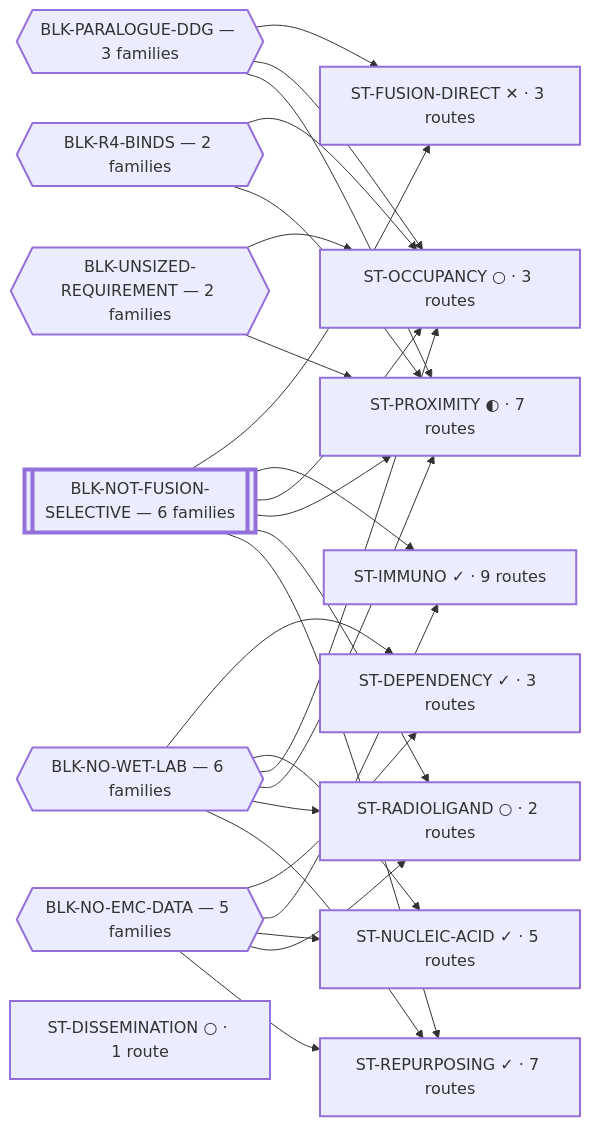
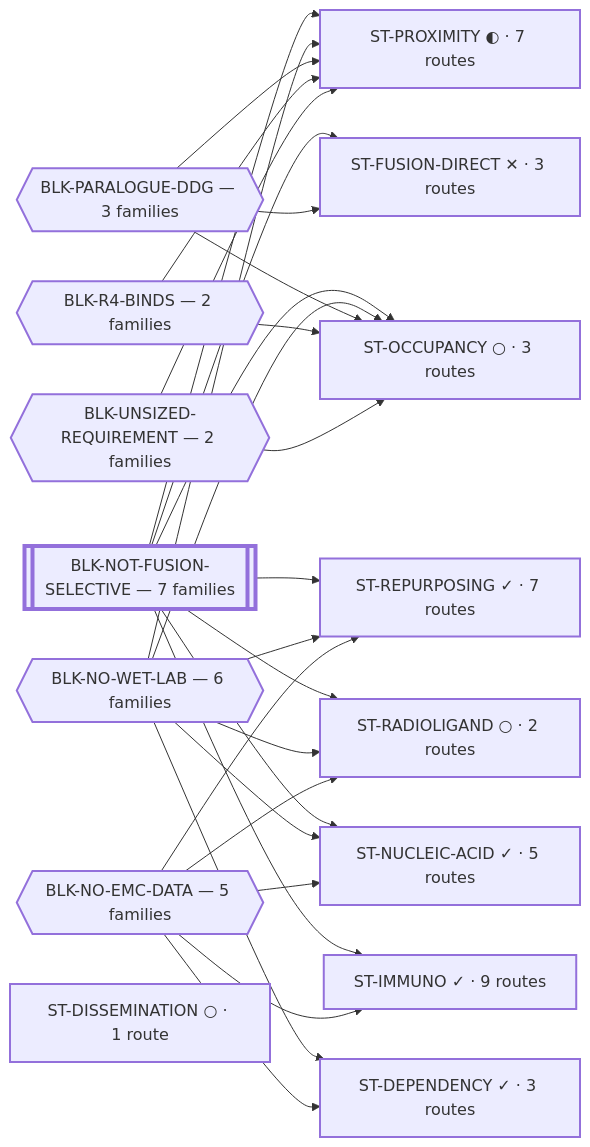
Before and after one commit to trimcrae/Rare-cancers: the diagram in systems/views/L0-ecosystem.md, drawn with Mermaid. The commit also changed other lines of this file and 57 other files, not shown here.

First line of the commit message:
Route framing audit: ST-FUSION-DIRECT + ST-NUCLEIC-ACID (8 routes)

````diff
--- a/systems/views/L0-ecosystem.md
+++ b/systems/views/L0-ecosystem.md
@@ -33,48 +33,49 @@
 ```mermaid
 flowchart LR
+  BLK_NOT_FUSION_SELECTIVE[["BLK-NOT-FUSION-SELECTIVE — 7 families"]]:::perm
   BLK_NO_WET_LAB{{"BLK-NO-WET-LAB — 6 families"}}:::blk
-  BLK_NOT_FUSION_SELECTIVE[["BLK-NOT-FUSION-SELECTIVE — 6 families"]]:::perm
   BLK_NO_EMC_DATA{{"BLK-NO-EMC-DATA — 5 families"}}:::blk
   BLK_PARALOGUE_DDG{{"BLK-PARALOGUE-DDG — 3 families"}}:::blk
   BLK_R4_BINDS{{"BLK-R4-BINDS — 2 families"}}:::blk
   BLK_UNSIZED_REQUIREMENT{{"BLK-UNSIZED-REQUIREMENT — 2 families"}}:::blk
 
   ST_IMMUNO["ST-IMMUNO ✓ · 9 routes"]:::fam
   ST_PROXIMITY["ST-PROXIMITY ◐ · 7 routes"]:::fam
   ST_REPURPOSING["ST-REPURPOSING ✓ · 7 routes"]:::fam
   ST_NUCLEIC_ACID["ST-NUCLEIC-ACID ✓ · 5 routes"]:::fam
   ST_DEPENDENCY["ST-DEPENDENCY ✓ · 3 routes"]:::fam
   ST_FUSION_DIRECT["ST-FUSION-DIRECT ✕ · 3 routes"]:::fam
   ST_OCCUPANCY["ST-OCCUPANCY ○ · 3 routes"]:::fam
   ST_RADIOLIGAND["ST-RADIOLIGAND ○ · 2 routes"]:::fam
   ST_DISSEMINATION["ST-DISSEMINATION ○ · 1 route"]:::fam
 
+  BLK_NOT_FUSION_SELECTIVE --> ST_FUSION_DIRECT
+  BLK_NOT_FUSION_SELECTIVE --> ST_IMMUNO
+  BLK_NOT_FUSION_SELECTIVE --> ST_NUCLEIC_ACID
+  BLK_NOT_FUSION_SELECTIVE --> ST_OCCUPANCY
+  BLK_NOT_FUSION_SELECTIVE --> ST_PROXIMITY
+  BLK_NOT_FUSION_SELECTIVE --> ST_RADIOLIGAND
+  BLK_NOT_FUSION_SELECTIVE --> ST_REPURPOSING
   BLK_NO_WET_LAB --> ST_DEPENDENCY
   BLK_NO_WET_LAB --> ST_NUCLEIC_ACID
   BLK_NO_WET_LAB --> ST_OCCUPANCY
   BLK_NO_WET_LAB --> ST_PROXIMITY
   BLK_NO_WET_LAB --> ST_RADIOLIGAND
   BLK_NO_WET_LAB --> ST_REPURPOSING
-  BLK_NOT_FUSION_SELECTIVE --> ST_FUSION_DIRECT
-  BLK_NOT_FUSION_SELECTIVE --> ST_IMMUNO
-  BLK_NOT_FUSION_SELECTIVE --> ST_OCCUPANCY
-  BLK_NOT_FUSION_SELECTIVE --> ST_PROXIMITY
-  BLK_NOT_FUSION_SELECTIVE --> ST_RADIOLIGAND
-  BLK_NOT_FUSION_SELECTIVE --> ST_REPURPOSING
   BLK_NO_EMC_DATA --> ST_DEPENDENCY
   BLK_NO_EMC_DATA --> ST_IMMUNO
   BLK_NO_EMC_DATA --> ST_NUCLEIC_ACID
   BLK_NO_EMC_DATA --> ST_RADIOLIGAND
   BLK_NO_EMC_DATA --> ST_REPURPOSING
   BLK_PARALOGUE_DDG --> ST_FUSION_DIRECT
   BLK_PARALOGUE_DDG --> ST_OCCUPANCY
   BLK_PARALOGUE_DDG --> ST_PROXIMITY
   BLK_R4_BINDS --> ST_OCCUPANCY
   BLK_R4_BINDS --> ST_PROXIMITY
   BLK_UNSIZED_REQUIREMENT --> ST_OCCUPANCY
   BLK_UNSIZED_REQUIREMENT --> ST_PROXIMITY
   classDef fam stroke-width:2px;
   classDef blk stroke-width:2px;
   classDef perm stroke-width:4px;
   classDef tech stroke-width:1px,stroke-dasharray:4 3;
 ```
````
